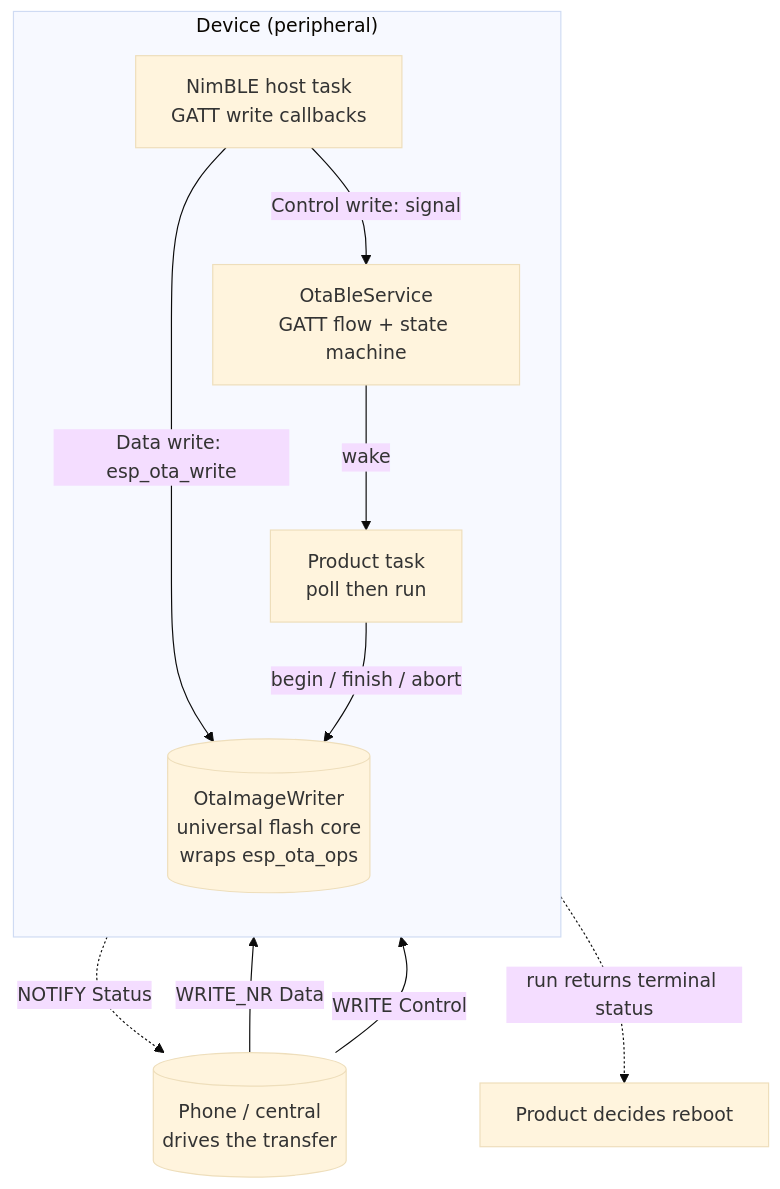
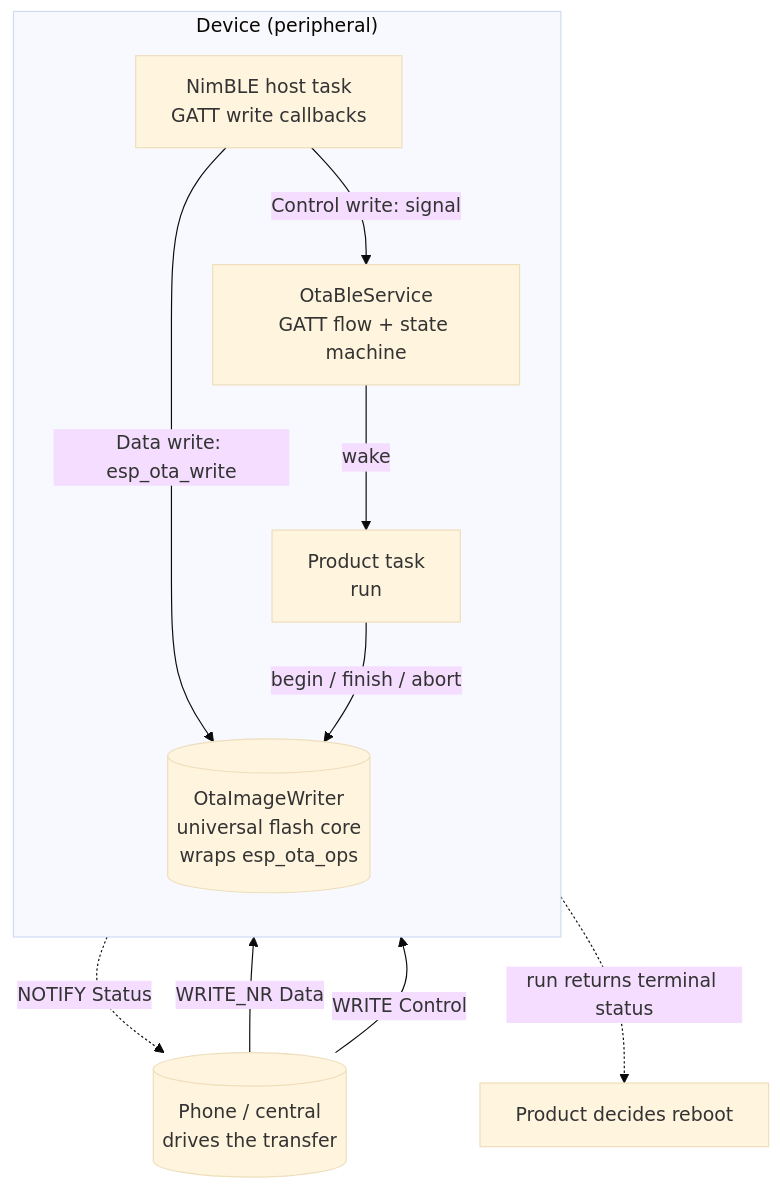
The first of 3 diagrams in components/airgradient-ota/spec-ble.md (mattMRBH/firmware-core), drawn with Mermaid (base theme) before and after one commit. The commit also changed other lines of this file and 7 other files, not shown here.

First line of the commit message:
feat(ota)!: merge OtaBleService poll() into run()

````diff
--- a/components/airgradient-ota/spec-ble.md
+++ b/components/airgradient-ota/spec-ble.md
@@ -119,21 +122,21 @@
 ```mermaid
 flowchart TB
     Ph[(Phone / central<br/>drives the transfer)]
 
     subgraph DEV["Device (peripheral)"]
         direction TB
         NB[NimBLE host task<br/>GATT write callbacks]
         BS[OtaBleService<br/>GATT flow + state machine]
-        PT[Product task<br/>poll then run]
+        PT[Product task<br/>run]
         W[("OtaImageWriter<br/>universal flash core<br/>wraps esp_ota_ops")]
         NB -->|Data write: esp_ota_write| W
         NB -->|Control write: signal| BS
         BS -->|wake| PT
         PT -->|begin / finish / abort| W
     end
 
     Ph -->|WRITE_NR Data| NB
     Ph -->|WRITE Control| NB
     BS -.->|NOTIFY Status| Ph
     PT -.->|run returns terminal status| PR[Product decides reboot]
 ```
````
